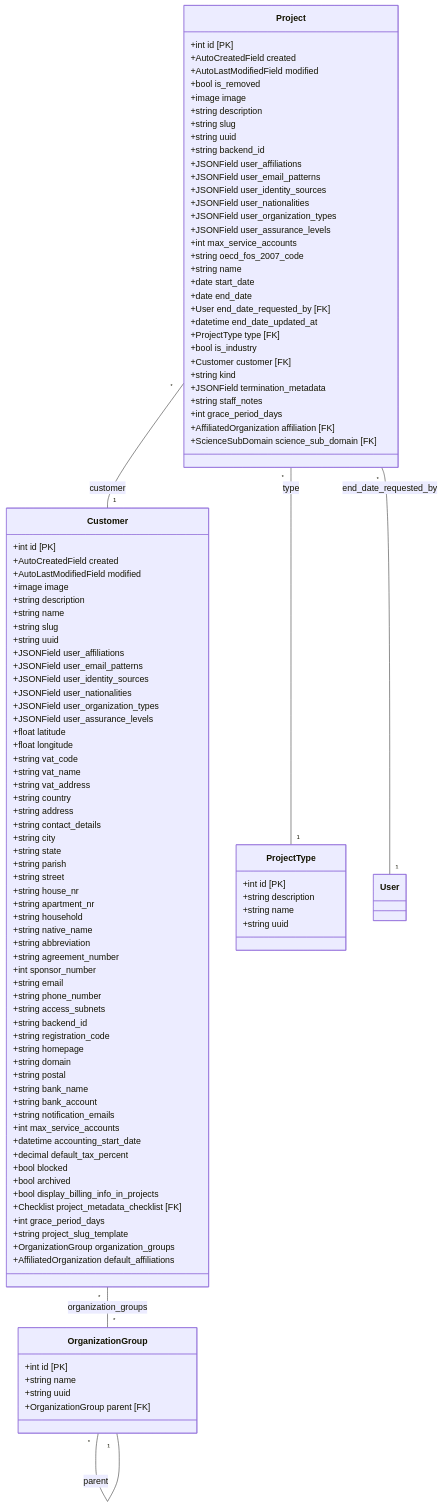
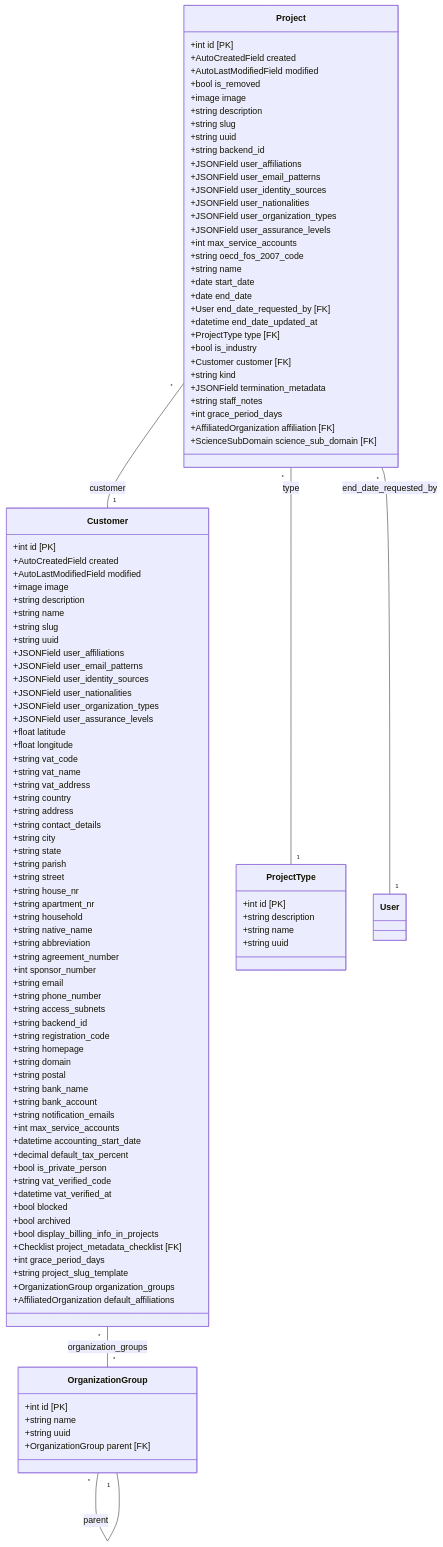
Before and after one commit to waldur/waldur-docs: the diagram in docs/developer-guide/core_structure.mmd, drawn with Mermaid. The commit also changed 43 other files, not shown here.

```diff
--- a/docs/developer-guide/core_structure.mmd
+++ b/docs/developer-guide/core_structure.mmd
@@ -1,109 +1,112 @@
 classDiagram
     direction TB
     class OrganizationGroup {
         +int id [PK]
         +string name
         +string uuid
         +OrganizationGroup parent [FK]
     }
     class Customer {
         +int id [PK]
         +AutoCreatedField created
         +AutoLastModifiedField modified
         +image image
         +string description
         +string name
         +string slug
         +string uuid
         +JSONField user_affiliations
         +JSONField user_email_patterns
         +JSONField user_identity_sources
         +JSONField user_nationalities
         +JSONField user_organization_types
         +JSONField user_assurance_levels
         +float latitude
         +float longitude
         +string vat_code
         +string vat_name
         +string vat_address
         +string country
         +string address
         +string contact_details
         +string city
         +string state
         +string parish
         +string street
         +string house_nr
         +string apartment_nr
         +string household
         +string native_name
         +string abbreviation
         +string agreement_number
         +int sponsor_number
         +string email
         +string phone_number
         +string access_subnets
         +string backend_id
         +string registration_code
         +string homepage
         +string domain
         +string postal
         +string bank_name
         +string bank_account
         +string notification_emails
         +int max_service_accounts
         +datetime accounting_start_date
         +decimal default_tax_percent
+        +bool is_private_person
+        +string vat_verified_code
+        +datetime vat_verified_at
         +bool blocked
         +bool archived
         +bool display_billing_info_in_projects
         +Checklist project_metadata_checklist [FK]
         +int grace_period_days
         +string project_slug_template
         +OrganizationGroup organization_groups
         +AffiliatedOrganization default_affiliations
     }
     class ProjectType {
         +int id [PK]
         +string description
         +string name
         +string uuid
     }
     class Project {
         +int id [PK]
         +AutoCreatedField created
         +AutoLastModifiedField modified
         +bool is_removed
         +image image
         +string description
         +string slug
         +string uuid
         +string backend_id
         +JSONField user_affiliations
         +JSONField user_email_patterns
         +JSONField user_identity_sources
         +JSONField user_nationalities
         +JSONField user_organization_types
         +JSONField user_assurance_levels
         +int max_service_accounts
         +string oecd_fos_2007_code
         +string name
         +date start_date
         +date end_date
         +User end_date_requested_by [FK]
         +datetime end_date_updated_at
         +ProjectType type [FK]
         +bool is_industry
         +Customer customer [FK]
         +string kind
         +JSONField termination_metadata
         +string staff_notes
         +int grace_period_days
         +AffiliatedOrganization affiliation [FK]
         +ScienceSubDomain science_sub_domain [FK]
     }
     Customer "*" -- "*" OrganizationGroup : organization_groups
     OrganizationGroup "*" -- "1" OrganizationGroup : parent
     Project "*" -- "1" Customer : customer
     Project "*" -- "1" ProjectType : type
     Project "*" -- "1" User : end_date_requested_by
```
